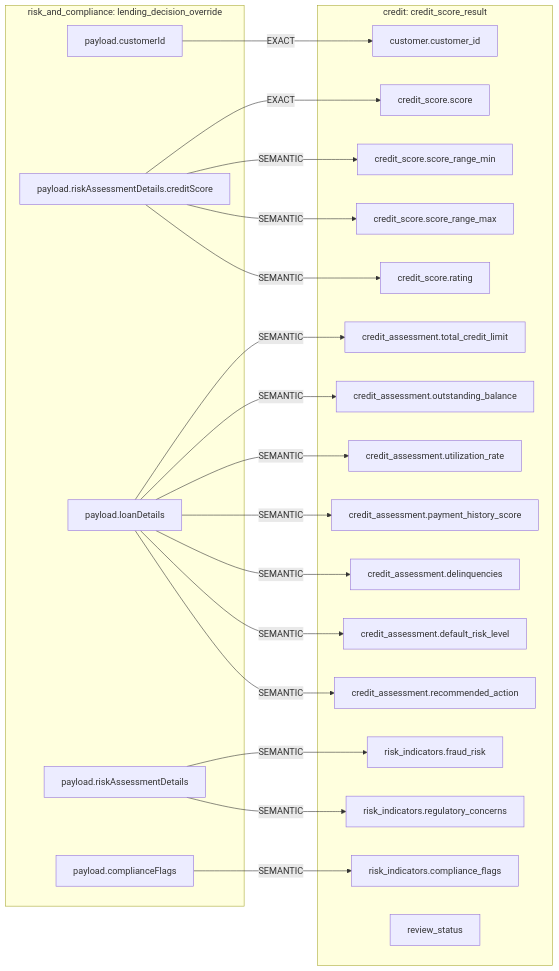
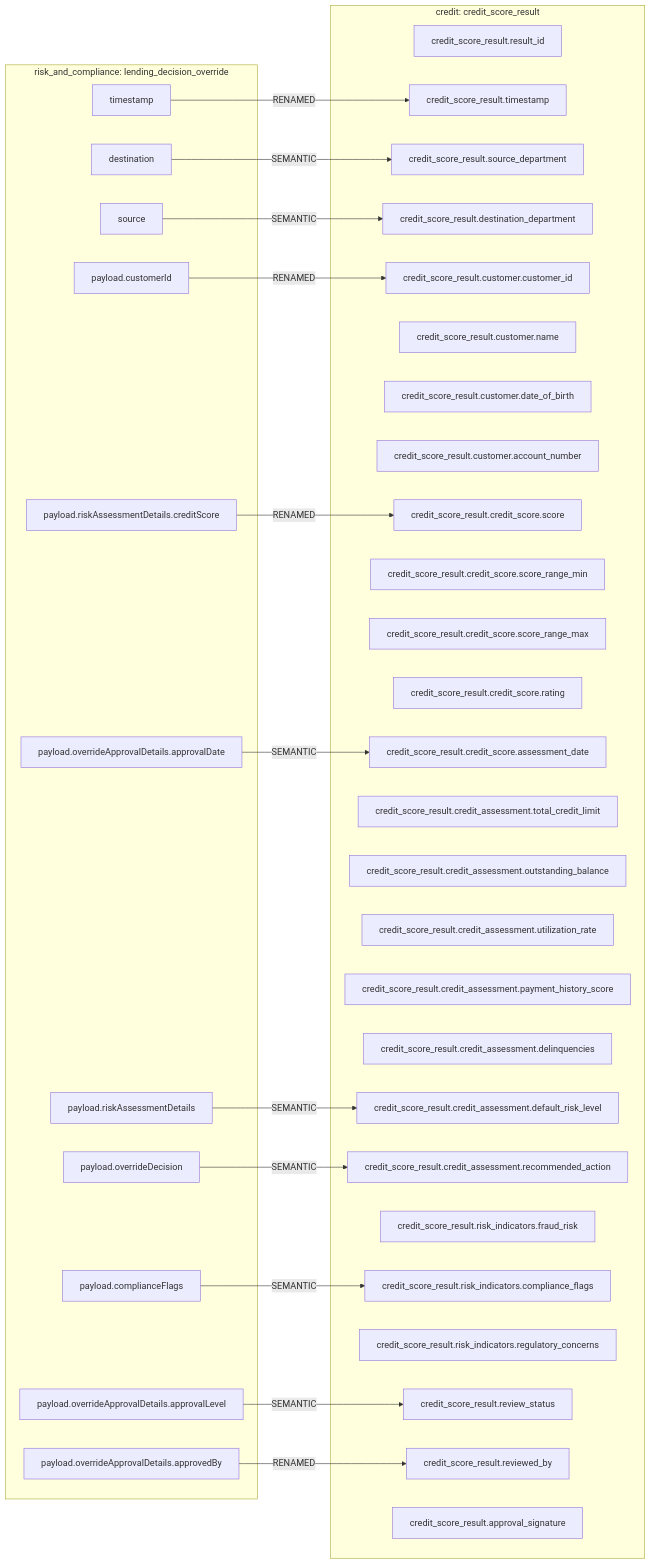
Before and after one commit to MAKWilkinson/HSBC-Data-Fabric-PoC-v2: the diagram in mermaids/credit/risk_and_compliance/credit_score_result__from__risk_and_compliance__lending_decision_override.mmd, drawn with Mermaid. The commit also changed 447 other files, not shown here.

```diff
--- a/mermaids/credit/risk_and_compliance/credit_score_result__from__risk_and_compliance__lending_decision_override.mmd
+++ b/mermaids/credit/risk_and_compliance/credit_score_result__from__risk_and_compliance__lending_decision_override.mmd
@@ -1,41 +1,53 @@
 flowchart LR
   subgraph IN["risk_and_compliance: lending_decision_override"]
+    in_timestamp["timestamp"]
+    in_destination["destination"]
+    in_source["source"]
     in_payload_customerId["payload.customerId"]
     in_payload_riskAssessmentDetails_creditScore["payload.riskAssessmentDetails.creditScore"]
-    in_payload_loanDetails["payload.loanDetails"]
+    in_payload_overrideApprovalDetails_approvalDate["payload.overrideApprovalDetails.approvalDate"]
     in_payload_riskAssessmentDetails["payload.riskAssessmentDetails"]
+    in_payload_overrideDecision["payload.overrideDecision"]
     in_payload_complianceFlags["payload.complianceFlags"]
+    in_payload_overrideApprovalDetails_approvalLevel["payload.overrideApprovalDetails.approvalLevel"]
+    in_payload_overrideApprovalDetails_approvedBy["payload.overrideApprovalDetails.approvedBy"]
   end
   subgraph OUT["credit: credit_score_result"]
-    out_customer_customer_id["customer.customer_id"]
-    out_credit_score_score["credit_score.score"]
-    out_credit_score_score_range_min["credit_score.score_range_min"]
-    out_credit_score_score_range_max["credit_score.score_range_max"]
-    out_credit_score_rating["credit_score.rating"]
-    out_credit_assessment_total_credit_limit["credit_assessment.total_credit_limit"]
-    out_credit_assessment_outstanding_balance["credit_assessment.outstanding_balance"]
-    out_credit_assessment_utilization_rate["credit_assessment.utilization_rate"]
-    out_credit_assessment_payment_history_score["credit_assessment.payment_history_score"]
-    out_credit_assessment_delinquencies["credit_assessment.delinquencies"]
-    out_credit_assessment_default_risk_level["credit_assessment.default_risk_level"]
-    out_credit_assessment_recommended_action["credit_assessment.recommended_action"]
-    out_risk_indicators_fraud_risk["risk_indicators.fraud_risk"]
-    out_risk_indicators_compliance_flags["risk_indicators.compliance_flags"]
-    out_risk_indicators_regulatory_concerns["risk_indicators.regulatory_concerns"]
-    out_review_status["review_status"]
+    out_credit_score_result_result_id["credit_score_result.result_id"]
+    out_credit_score_result_timestamp["credit_score_result.timestamp"]
+    out_credit_score_result_source_department["credit_score_result.source_department"]
+    out_credit_score_result_destination_department["credit_score_result.destination_department"]
+    out_credit_score_result_customer_customer_id["credit_score_result.customer.customer_id"]
+    out_credit_score_result_customer_name["credit_score_result.customer.name"]
+    out_credit_score_result_customer_date_of_birth["credit_score_result.customer.date_of_birth"]
+    out_credit_score_result_customer_account_number["credit_score_result.customer.account_number"]
+    out_credit_score_result_credit_score_score["credit_score_result.credit_score.score"]
+    out_credit_score_result_credit_score_score_range_min["credit_score_result.credit_score.score_range_min"]
+    out_credit_score_result_credit_score_score_range_max["credit_score_result.credit_score.score_range_max"]
+    out_credit_score_result_credit_score_rating["credit_score_result.credit_score.rating"]
+    out_credit_score_result_credit_score_assessment_date["credit_score_result.credit_score.assessment_date"]
+    out_credit_score_result_credit_assessment_total_credit_limit["credit_score_result.credit_assessment.total_credit_limit"]
+    out_credit_score_result_credit_assessment_outstanding_balance["credit_score_result.credit_assessment.outstanding_balance"]
+    out_credit_score_result_credit_assessment_utilization_rate["credit_score_result.credit_assessment.utilization_rate"]
+    out_credit_score_result_credit_assessment_payment_history_score["credit_score_result.credit_assessment.payment_history_score"]
+    out_credit_score_result_credit_assessment_delinquencies["credit_score_result.credit_assessment.delinquencies"]
+    out_credit_score_result_credit_assessment_default_risk_level["credit_score_result.credit_assessment.default_risk_level"]
+    out_credit_score_result_credit_assessment_recommended_action["credit_score_result.credit_assessment.recommended_action"]
+    out_credit_score_result_risk_indicators_fraud_risk["credit_score_result.risk_indicators.fraud_risk"]
+    out_credit_score_result_risk_indicators_compliance_flags["credit_score_result.risk_indicators.compliance_flags"]
+    out_credit_score_result_risk_indicators_regulatory_concerns["credit_score_result.risk_indicators.regulatory_concerns"]
+    out_credit_score_result_review_status["credit_score_result.review_status"]
+    out_credit_score_result_reviewed_by["credit_score_result.reviewed_by"]
+    out_credit_score_result_approval_signature["credit_score_result.approval_signature"]
   end
-  in_payload_customerId -->|EXACT| out_customer_customer_id
-  in_payload_riskAssessmentDetails_creditScore -->|EXACT| out_credit_score_score
-  in_payload_riskAssessmentDetails_creditScore -->|SEMANTIC| out_credit_score_score_range_min
-  in_payload_riskAssessmentDetails_creditScore -->|SEMANTIC| out_credit_score_score_range_max
-  in_payload_riskAssessmentDetails_creditScore -->|SEMANTIC| out_credit_score_rating
-  in_payload_loanDetails -->|SEMANTIC| out_credit_assessment_total_credit_limit
-  in_payload_loanDetails -->|SEMANTIC| out_credit_assessment_outstanding_balance
-  in_payload_loanDetails -->|SEMANTIC| out_credit_assessment_utilization_rate
-  in_payload_loanDetails -->|SEMANTIC| out_credit_assessment_payment_history_score
-  in_payload_loanDetails -->|SEMANTIC| out_credit_assessment_delinquencies
-  in_payload_loanDetails -->|SEMANTIC| out_credit_assessment_default_risk_level
-  in_payload_loanDetails -->|SEMANTIC| out_credit_assessment_recommended_action
-  in_payload_riskAssessmentDetails -->|SEMANTIC| out_risk_indicators_fraud_risk
-  in_payload_complianceFlags -->|SEMANTIC| out_risk_indicators_compliance_flags
-  in_payload_riskAssessmentDetails -->|SEMANTIC| out_risk_indicators_regulatory_concerns
+  in_timestamp -->|RENAMED| out_credit_score_result_timestamp
+  in_destination -->|SEMANTIC| out_credit_score_result_source_department
+  in_source -->|SEMANTIC| out_credit_score_result_destination_department
+  in_payload_customerId -->|RENAMED| out_credit_score_result_customer_customer_id
+  in_payload_riskAssessmentDetails_creditScore -->|RENAMED| out_credit_score_result_credit_score_score
+  in_payload_overrideApprovalDetails_approvalDate -->|SEMANTIC| out_credit_score_result_credit_score_assessment_date
+  in_payload_riskAssessmentDetails -->|SEMANTIC| out_credit_score_result_credit_assessment_default_risk_level
+  in_payload_overrideDecision -->|SEMANTIC| out_credit_score_result_credit_assessment_recommended_action
+  in_payload_complianceFlags -->|SEMANTIC| out_credit_score_result_risk_indicators_compliance_flags
+  in_payload_overrideApprovalDetails_approvalLevel -->|SEMANTIC| out_credit_score_result_review_status
+  in_payload_overrideApprovalDetails_approvedBy -->|RENAMED| out_credit_score_result_reviewed_by
```
